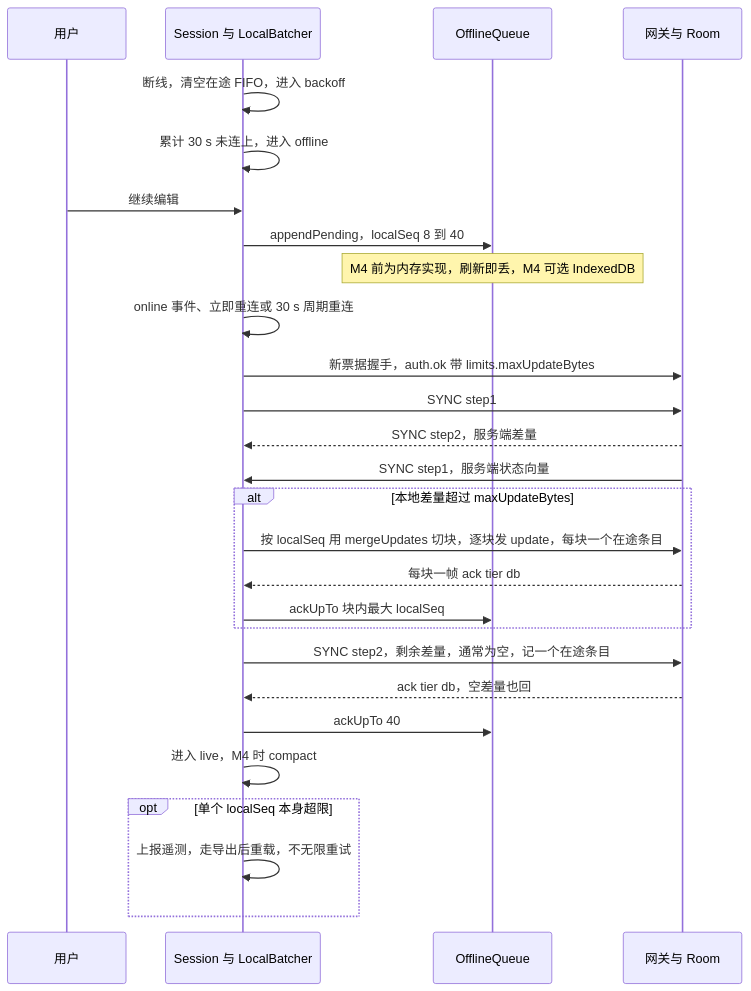
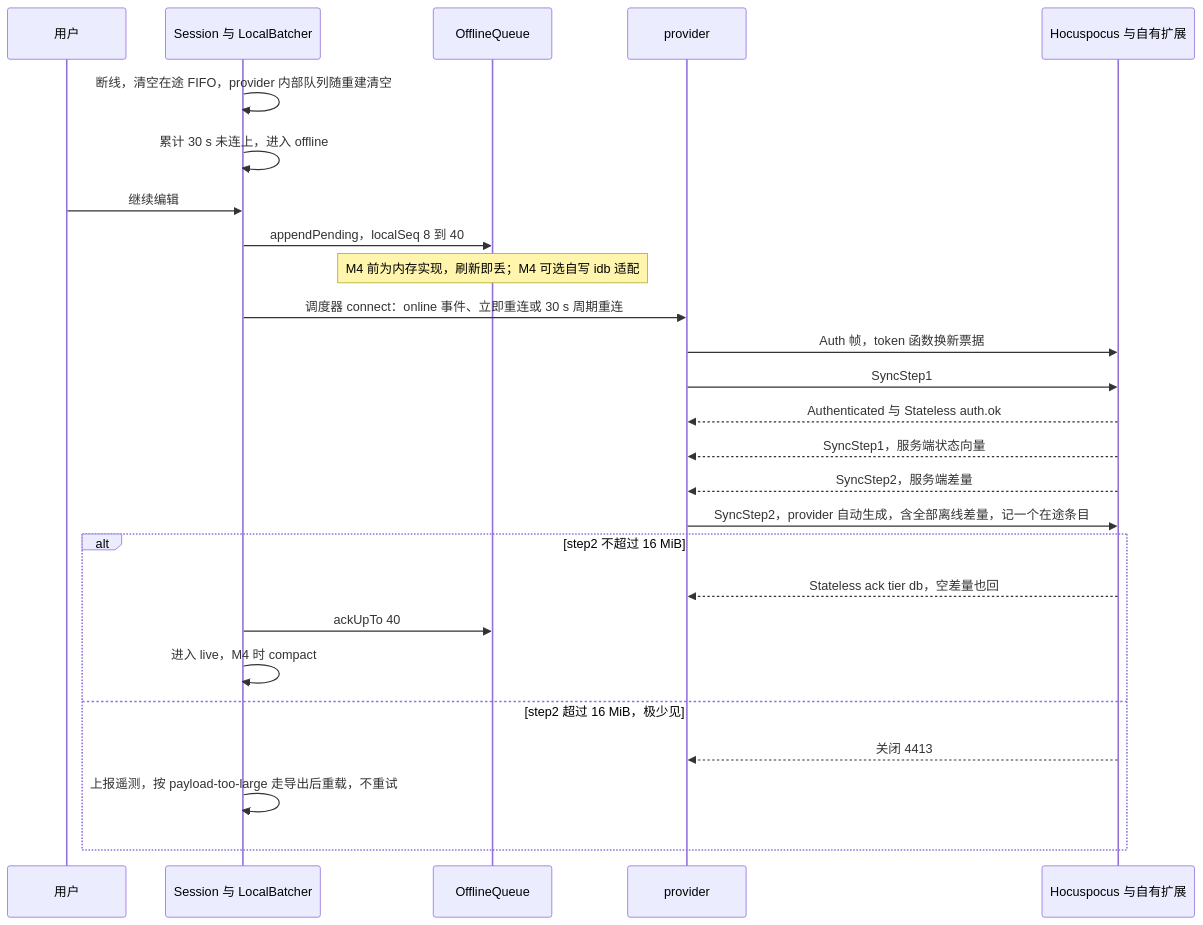
The ninth of 13 diagrams in docs/50-frontend/07-collaboration-client.md (Xeonice/cordis-ppt-editor), drawn with Mermaid before and after one commit. The commit also changed other lines of this file and 22 other files, not shown here.

````diff
--- a/docs/50-frontend/07-collaboration-client.md
+++ b/docs/50-frontend/07-collaboration-client.md
@@ -295,29 +438,28 @@
 ```mermaid
 sequenceDiagram
   participant U as 用户
   participant CY as Session 与 LocalBatcher
   participant OQ as OfflineQueue
-  participant G as 网关与 Room
-  CY->>CY: 断线，清空在途 FIFO，进入 backoff
+  participant PV as provider
+  participant G as Hocuspocus 与自有扩展
+  CY->>CY: 断线，清空在途 FIFO，provider 内部队列随重建清空
   CY->>CY: 累计 30 s 未连上，进入 offline
   U->>CY: 继续编辑
   CY->>OQ: appendPending，localSeq 8 到 40
-  Note over OQ: M4 前为内存实现，刷新即丢，M4 可选 IndexedDB
-  CY->>CY: online 事件、立即重连或 30 s 周期重连
-  CY->>G: 新票据握手，auth.ok 带 limits.maxUpdateBytes
-  CY->>G: SYNC step1
-  G-->>CY: SYNC step2，服务端差量
-  G->>CY: SYNC step1，服务端状态向量
-  alt 本地差量超过 maxUpdateBytes
-    CY->>G: 按 localSeq 用 mergeUpdates 切块，逐块发 update，每块一个在途条目
-    G-->>CY: 每块一帧 ack tier db
-    CY->>OQ: ackUpTo 块内最大 localSeq
-  end
-  CY->>G: SYNC step2，剩余差量，通常为空，记一个在途条目
-  G-->>CY: ack tier db，空差量也回
-  CY->>OQ: ackUpTo 40
-  CY->>CY: 进入 live，M4 时 compact
-  opt 单个 localSeq 本身超限
-    CY->>CY: 上报遥测，走导出后重载，不无限重试
+  Note over OQ: M4 前为内存实现，刷新即丢；M4 可选自写 idb 适配
+  CY->>PV: 调度器 connect：online 事件、立即重连或 30 s 周期重连
+  PV->>G: Auth 帧，token 函数换新票据
+  PV->>G: SyncStep1
+  G-->>PV: Authenticated 与 Stateless auth.ok
+  G-->>PV: SyncStep1，服务端状态向量
+  G-->>PV: SyncStep2，服务端差量
+  PV->>G: SyncStep2，provider 自动生成，含全部离线差量，记一个在途条目
+  alt step2 不超过 16 MiB
+    G-->>PV: Stateless ack tier db，空差量也回
+    CY->>OQ: ackUpTo 40
+    CY->>CY: 进入 live，M4 时 compact
+  else step2 超过 16 MiB，极少见
+    G-->>PV: 关闭 4413
+    CY->>CY: 上报遥测，按 payload-too-large 走导出后重载，不重试
   end
 ```
````
